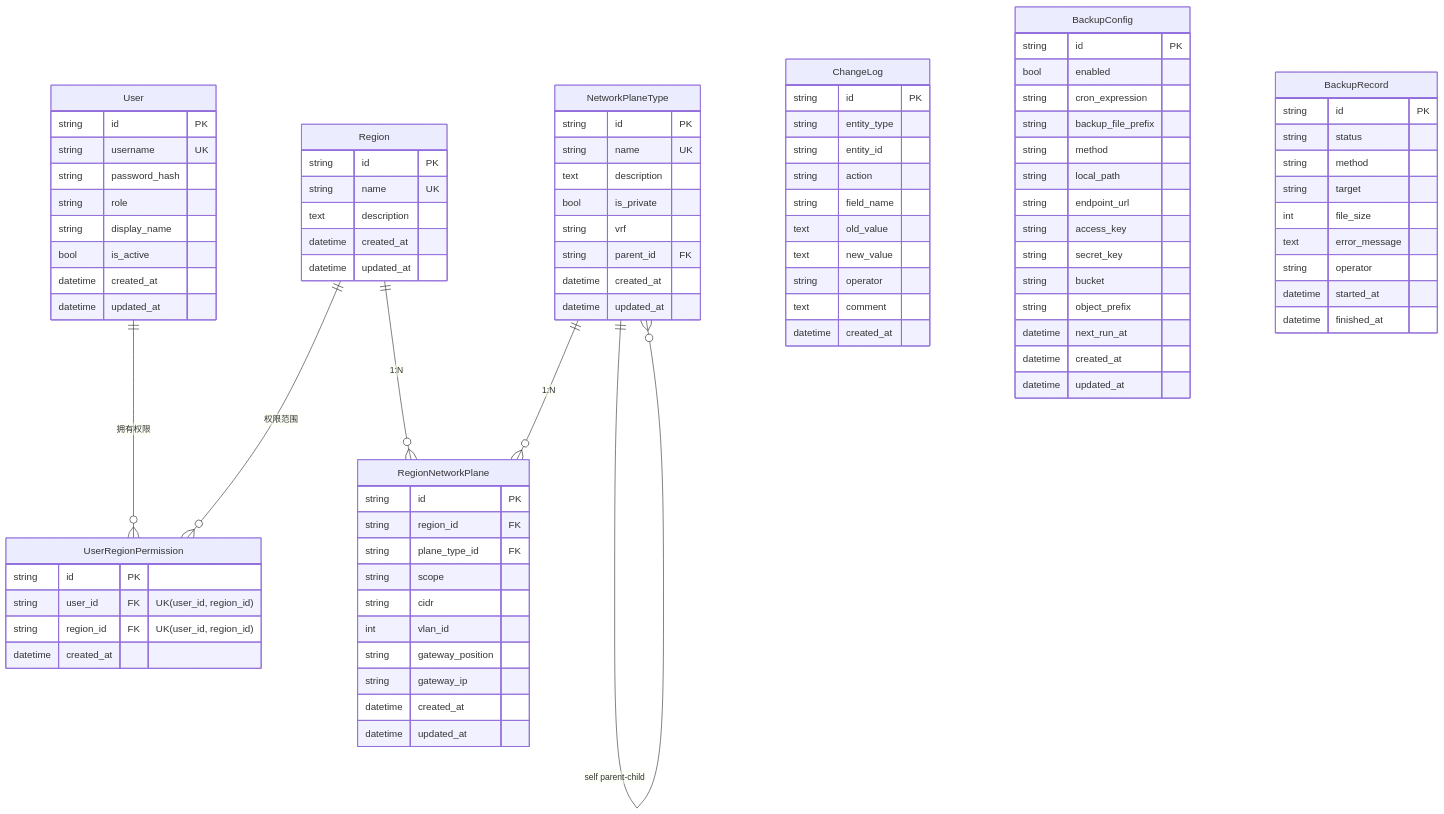
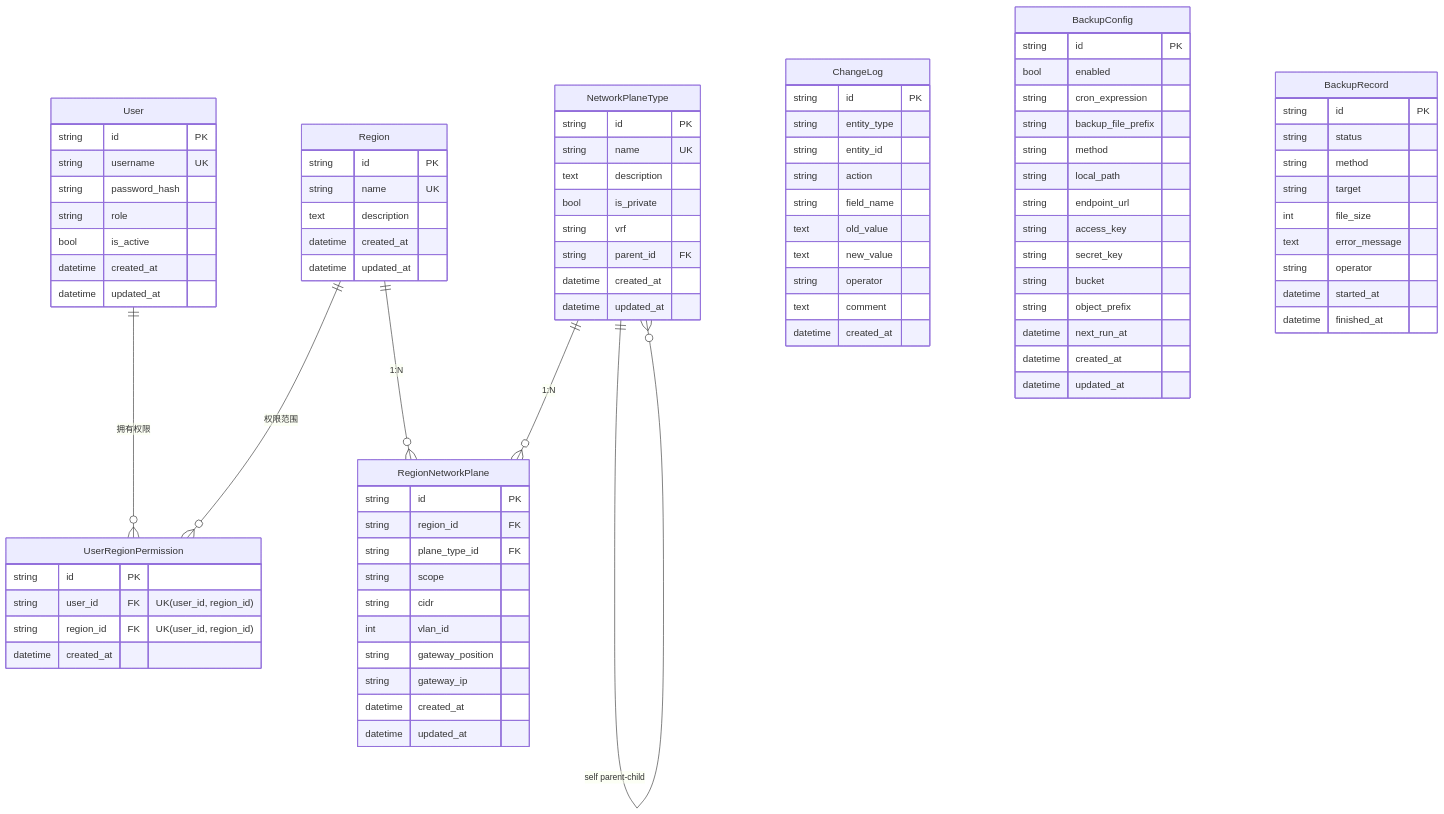
Before and after one commit to zhou-xingxing/dc-network-planner: the second of 4 diagrams in SYSTEM_DESIGN.md, drawn with Mermaid. The commit also changed other lines of this file and 19 other files, not shown here.

```diff
--- a/SYSTEM_DESIGN.md
+++ b/SYSTEM_DESIGN.md
@@ -97,7 +97,6 @@
         string username UK
         string password_hash
         string role
-        string display_name
         bool   is_active
         datetime created_at
         datetime updated_at
```
